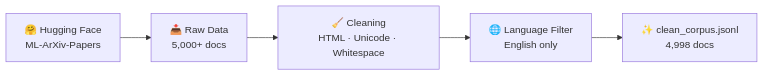
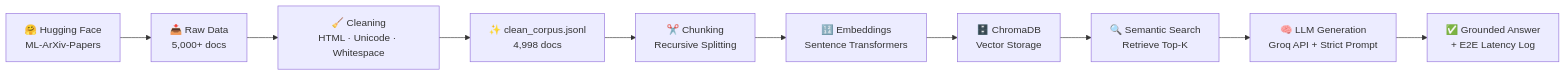
The diagram in README.md (danishbhi29/parallax-rag-knowledge-extractor), drawn with Mermaid before and after one commit. The commit also changed other lines of this file, not shown here.

````diff
--- a/README.md
+++ b/README.md
@@ -46,7 +60,12 @@
 ```mermaid
 flowchart LR
-    A[🤗 Hugging Face<br/>ML-ArXiv-Papers] --> B[📥 Raw Data<br/>5,000+ docs]
-    B --> C[🧹 Cleaning<br/>HTML · Unicode · Whitespace]
-    C --> D[🌐 Language Filter<br/>English only]
-    D --> E[✨ clean_corpus.jsonl<br/>4,998 docs]
+    A["🤗 Hugging Face<br/>ML-ArXiv-Papers"] --> B["📥 Raw Data<br/>5,000+ docs"]
+    B --> C["🧹 Cleaning<br/>HTML · Unicode · Whitespace"]
+    C --> D["✨ clean_corpus.jsonl<br/>4,998 docs"]
+    D --> E["✂️ Chunking<br/>Recursive Splitting"]
+    E --> F["🔢 Embeddings<br/>Sentence Transformers"]
+    F --> G["🗄️ ChromaDB<br/>Vector Storage"]
+    G --> H["🔍 Semantic Search<br/>Retrieve Top-K"]
+    H --> I["🧠 LLM Generation<br/>Groq API + Strict Prompt"]
+    I --> J["✅ Grounded Answer<br/>+ E2E Latency Log"]
 ```
````
